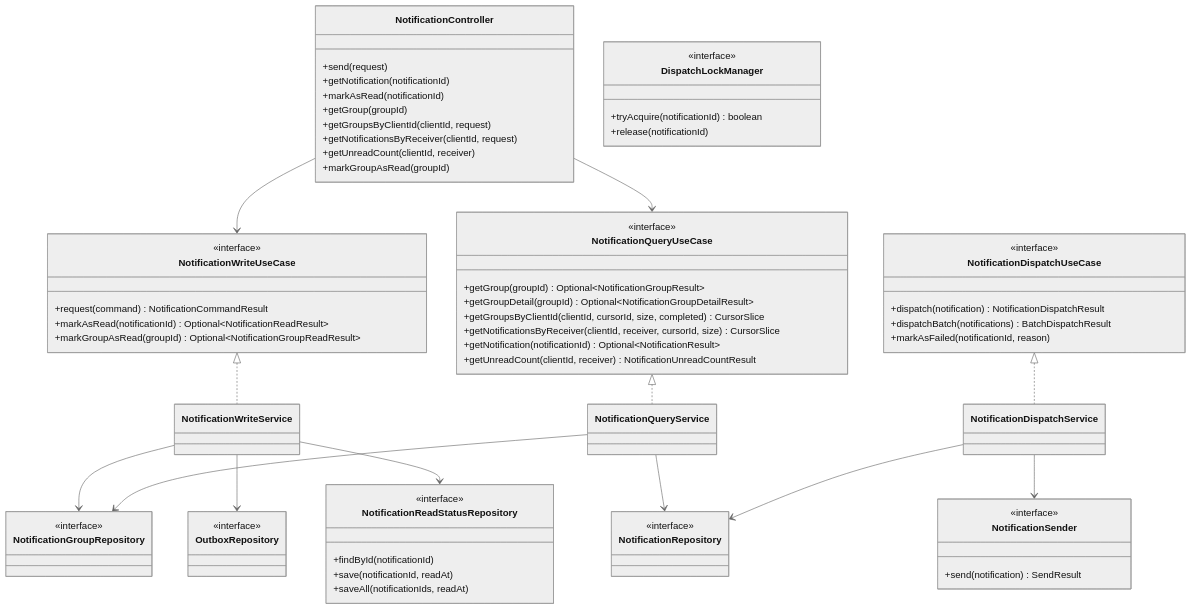
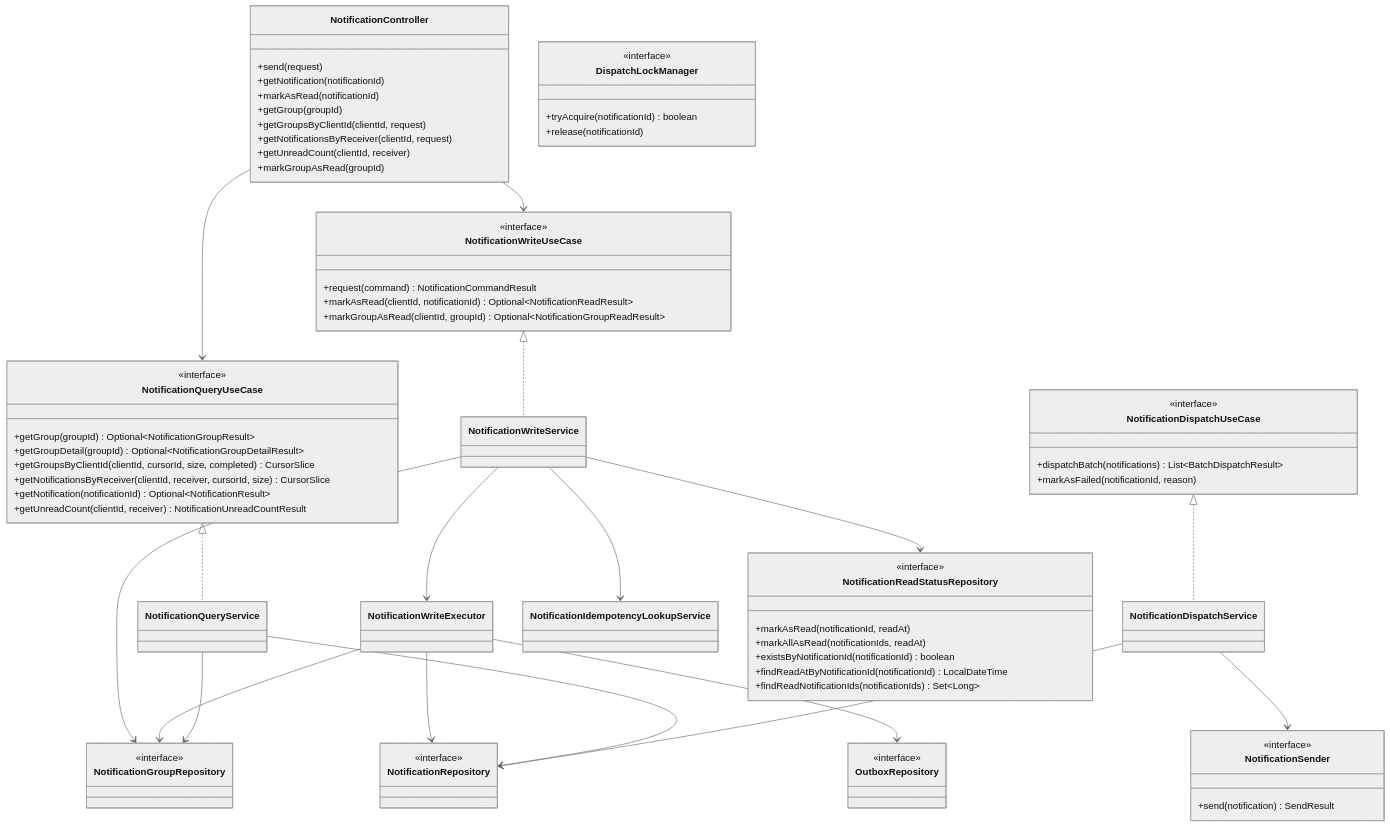
One commit to yht0827/notification-dispatcher changed the first of 6 diagrams in docs/03-class-diagrams.md. Above: the diagram before and after it, drawn with Mermaid (neutral theme). The commit also changed other lines of this file and 2 other files, not shown here.

Commit message:
chore: 문서 업데이트 - 클래스 다이어그램 구조 개선 및 읽음 처리/통계 캐시 관련 클래스 추가

```diff
--- a/docs/03-class-diagrams.md
+++ b/docs/03-class-diagrams.md
@@ -31,8 +31,8 @@
     class NotificationWriteUseCase {
       <<interface>>
       +request(command) NotificationCommandResult
-      +markAsRead(notificationId) Optional~NotificationReadResult~
-      +markGroupAsRead(groupId) Optional~NotificationGroupReadResult~
+      +markAsRead(clientId, notificationId) Optional~NotificationReadResult~
+      +markGroupAsRead(clientId, groupId) Optional~NotificationGroupReadResult~
     }
 
     class NotificationQueryUseCase {
@@ -47,14 +47,15 @@
 
     class NotificationDispatchUseCase {
       <<interface>>
-      +dispatch(notification) NotificationDispatchResult
-      +dispatchBatch(notifications) BatchDispatchResult
+      +dispatchBatch(notifications) List~BatchDispatchResult~
       +markAsFailed(notificationId, reason)
     }
 
     class NotificationWriteService
     class NotificationQueryService
     class NotificationDispatchService
+    class NotificationWriteExecutor
+    class NotificationIdempotencyLookupService
 
     class NotificationGroupRepository {
       <<interface>>
@@ -70,9 +71,11 @@
 
     class NotificationReadStatusRepository {
       <<interface>>
-      +findById(notificationId)
-      +save(notificationId, readAt)
-      +saveAll(notificationIds, readAt)
+      +markAsRead(notificationId, readAt)
+      +markAllAsRead(notificationIds, readAt)
+      +existsByNotificationId(notificationId) boolean
+      +findReadAtByNotificationId(notificationId) LocalDateTime
+      +findReadNotificationIds(notificationIds) Set~Long~
     }
 
     class NotificationSender {
@@ -94,8 +97,12 @@
     NotificationDispatchUseCase <|.. NotificationDispatchService
 
     NotificationWriteService --> NotificationGroupRepository
-    NotificationWriteService --> OutboxRepository
     NotificationWriteService --> NotificationReadStatusRepository
+    NotificationWriteService --> NotificationWriteExecutor
+    NotificationWriteService --> NotificationIdempotencyLookupService
+    NotificationWriteExecutor --> NotificationGroupRepository
+    NotificationWriteExecutor --> NotificationRepository
+    NotificationWriteExecutor --> OutboxRepository
     NotificationQueryService --> NotificationGroupRepository
     NotificationQueryService --> NotificationRepository
     NotificationDispatchService --> NotificationRepository
```
